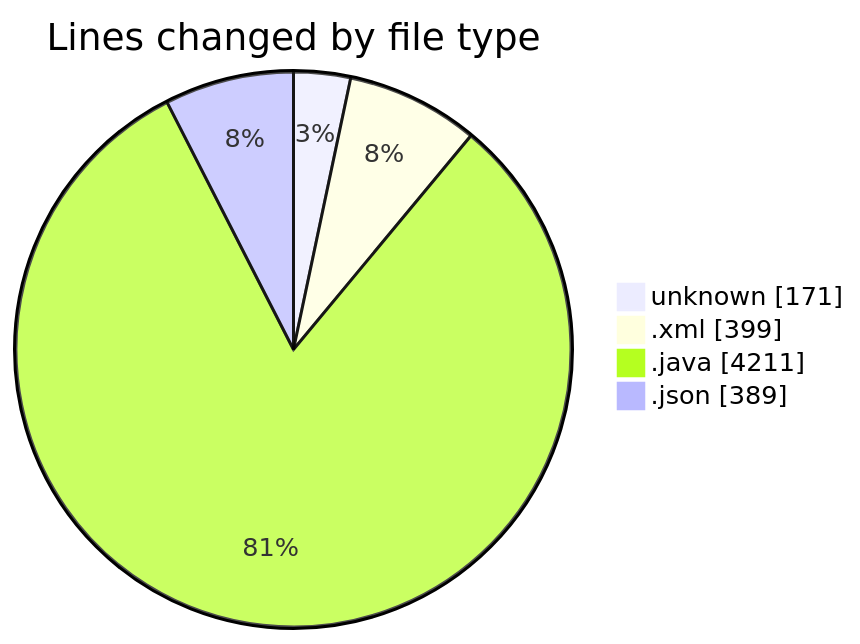
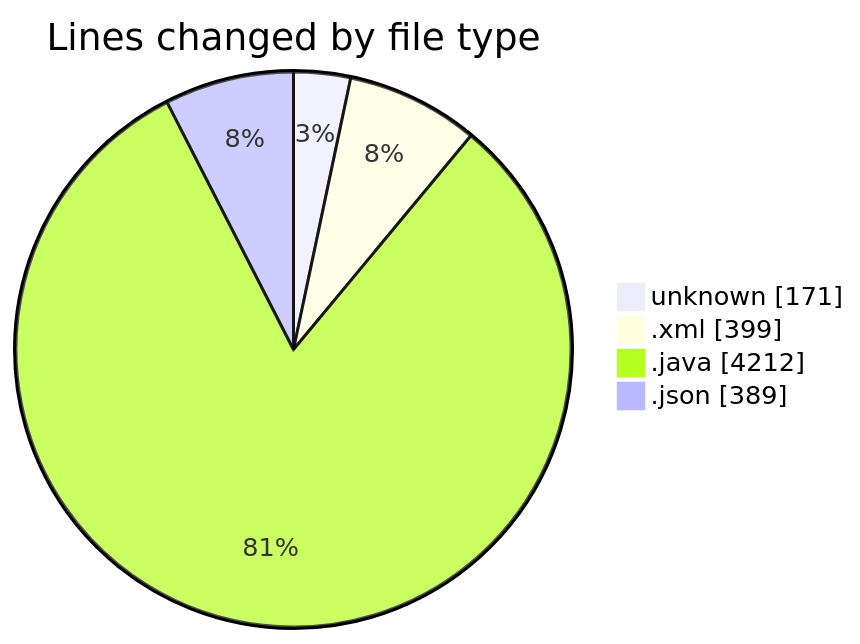
Before and after one commit to charlie-sans/code-tracking: the first of 2 diagrams in 2025-02-24/micros/README.md, drawn with Mermaid. The commit also changed other lines of this file and 1 other file, not shown here.

````diff
--- a/2025-02-24/micros/README.md
+++ b/2025-02-24/micros/README.md
@@ -34,8 +34,8 @@
 ```mermaid
 pie showData
 title Lines changed by file type
 "unknown" : 171
 ".xml" : 399
-".java" : 4211
+".java" : 4212
 ".json" : 389
 ```
````
